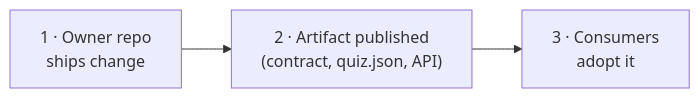
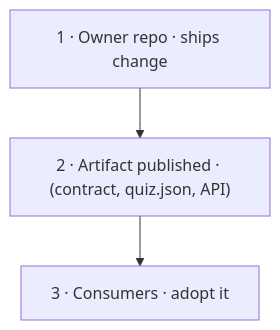
Before and after one commit to iflygaca/FlyGACA-Family: the fourth of 4 diagrams in README.md, drawn with Mermaid. The commit also changed other lines of this file and 3 other files, not shown here.

````diff
--- a/README.md
+++ b/README.md
@@ -211,4 +205,4 @@
 ```mermaid
-flowchart LR
-    O["1 · Owner repo<br/>ships change"] --> P["2 · Artifact published<br/>(contract, quiz.json, API)"] --> C["3 · Consumers<br/>adopt it"]
+flowchart TB
+    O["1 · Owner repo · ships change"] --> P["2 · Artifact published · (contract, quiz.json, API)"] --> C["3 · Consumers · adopt it"]
 ```
````
